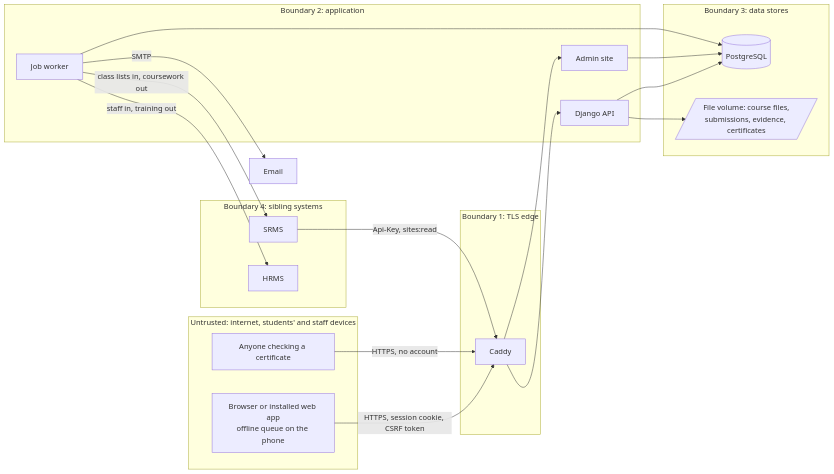
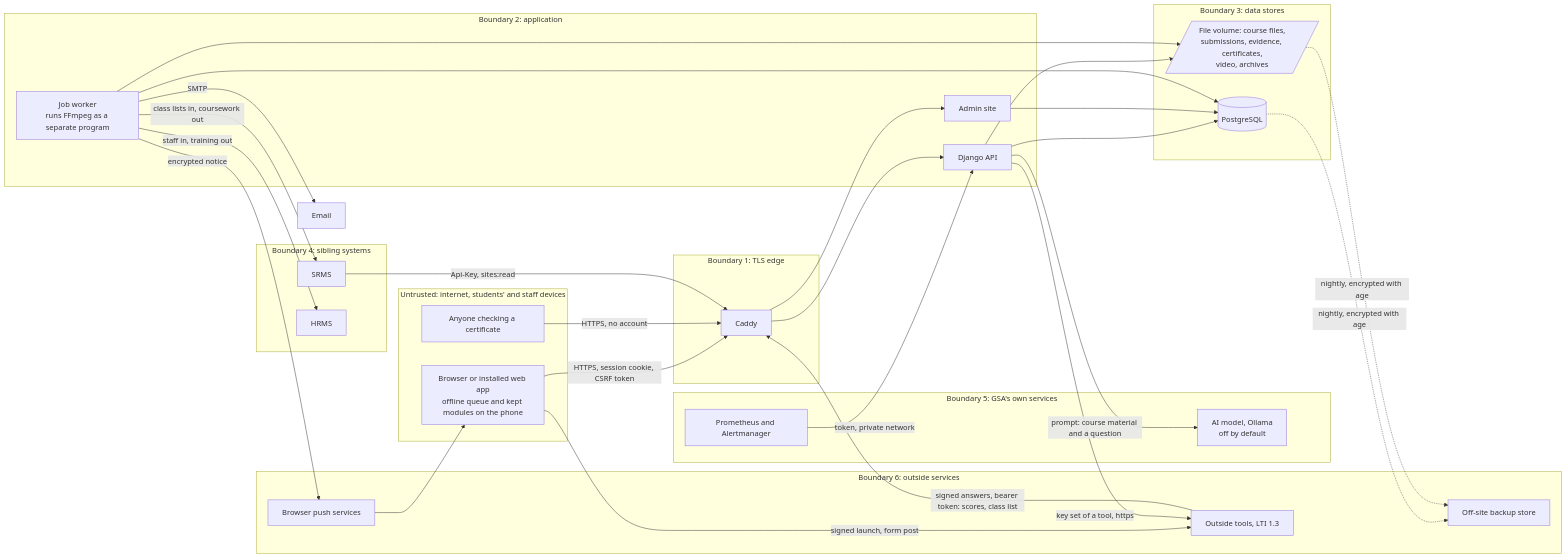
The diagram in docs/security/threat-model.md (W-Z-B/MOA-LMS), drawn with Mermaid before and after one commit. The commit also changed other lines of this file and 2 other files, not shown here.

````diff
--- a/docs/security/threat-model.md
+++ b/docs/security/threat-model.md
@@ -52,35 +66,54 @@
 ```mermaid
 flowchart LR
   subgraph U["Untrusted: internet, students' and staff devices"]
-    B[Browser or installed web app<br/>offline queue on the phone]
+    B[Browser or installed web app<br/>offline queue and kept modules on the phone]
     X[Anyone checking a certificate]
   end
   subgraph E["Boundary 1: TLS edge"]
     C[Caddy]
   end
   subgraph A["Boundary 2: application"]
     API[Django API]
     ADM[Admin site]
-    W[Job worker]
+    W[Job worker<br/>runs FFmpeg as a separate program]
   end
   subgraph D["Boundary 3: data stores"]
     P[(PostgreSQL)]
-    F[/File volume: course files,<br/>submissions, evidence, certificates/]
+    F[/File volume: course files,<br/>submissions, evidence, certificates,<br/>video, archives/]
   end
   subgraph S["Boundary 4: sibling systems"]
     SR[SRMS]
     HR[HRMS]
   end
+  subgraph G["Boundary 5: GSA's own services"]
+    AI[AI model, Ollama<br/>off by default]
+    MON[Prometheus and Alertmanager]
+  end
+  subgraph O["Boundary 6: outside services"]
+    T[Outside tools, LTI 1.3]
+    PS[Browser push services]
+    BK[Off-site backup store]
+  end
   B -->|HTTPS, session cookie, CSRF token| C
   X -->|HTTPS, no account| C
+  B -->|signed launch, form post| T
+  T -->|signed answers, bearer token: scores, class list| C
   C --> API
   C --> ADM
   API --> P
   API --> F
+  API -->|prompt: course material and a question| AI
+  API -->|key set of a tool, https| T
   ADM --> P
   W --> P
+  W --> F
   W -->|class lists in, coursework out| SR
   W -->|staff in, training out| HR
+  W -->|encrypted notice| PS
+  PS --> B
   SR -->|Api-Key, sites:read| C
   W -->|SMTP| M[Email]
+  MON -->|token, private network| API
+  P -.->|nightly, encrypted with age| BK
+  F -.->|nightly, encrypted with age| BK
 ```
````
